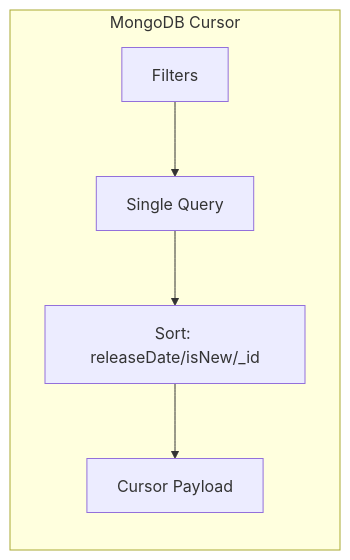
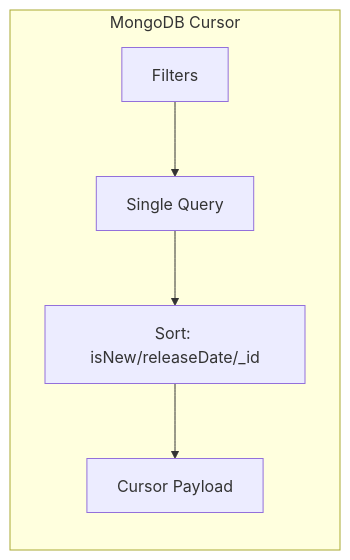
One commit to seancheong/takonbini-web changed the sixth of 6 diagrams in architecture.md. Above: the diagram before and after it, drawn with Mermaid. The commit also changed other lines of this file and 6 other files, not shown here.

````diff
--- a/architecture.md
+++ b/architecture.md
@@ -249,8 +250,8 @@
 ```mermaid
 graph LR
   subgraph MongoDB Cursor
     UI2[Filters] --> MQ[Single Query]
-    MQ --> SC[Sort: releaseDate/isNew/_id]
+    MQ --> SC[Sort: isNew/releaseDate/_id]
     SC --> C[Cursor Payload]
   end
 ```
````
